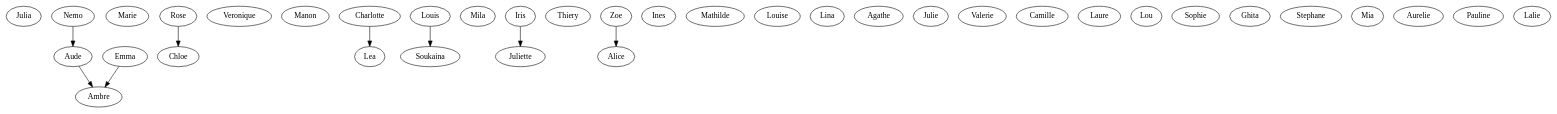
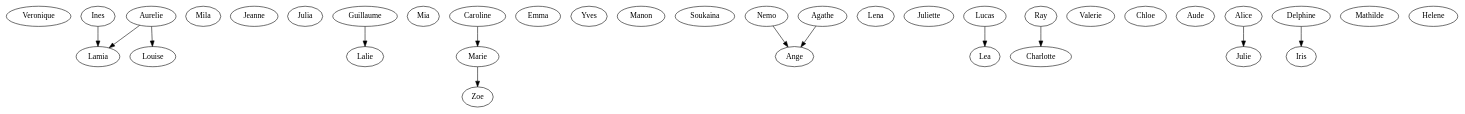
The diagram in output/dotFiles/round19.dot (Slash-stack/Aquarium), drawn with Graphviz before and after one commit. The commit also changed 38 other files, not shown here.

```diff
--- a/output/dotFiles/round19.dot
+++ b/output/dotFiles/round19.dot
@@ -1,76 +1,74 @@
 strict digraph G {
+  Veronique;
+  Lamia;
+  Mila;
+  Jeanne;
   Julia;
-  Nemo;
+  Lalie;
+  Lamia;
+  Lamia;
+  Guillaume;
+  Mia;
   Marie;
-  Rose;
-  Veronique;
-  Manon;
-  Charlotte;
-  Aude;
-  Soukaina;
-  Aude;
-  Mila;
-  Juliette;
-  Iris;
-  Lea;
-  Aude;
-  Thiery;
-  Charlotte;
-  Julia;
-  Zoe;
-  Ines;
-  Juliette;
-  Mathilde;
-  Aude;
-  Louise;
-  Lea;
-  Lina;
-  Lina;
-  Agathe;
-  Julie;
-  Juliette;
-  Valerie;
-  Camille;
-  Louise;
-  Laure;
-  Veronique;
-  Ines;
-  Soukaina;
-  Lou;
-  Louis;
-  Lou;
-  Sophie;
-  Ghita;
-  Zoe;
-  Chloe;
-  Ambre;
-  Stephane;
-  Julia;
-  Valerie;
-  Marie;
-  Ambre;
-  Veronique;
-  Zoe;
-  Sophie;
-  Camille;
-  Soukaina;
-  Mia;
-  Sophie;
-  Rose;
-  Aude;
   Aurelie;
   Emma;
+  Louise;
+  Lamia;
+  Ines;
+  Zoe;
+  Lamia;
+  Emma;
+  Veronique;
+  Jeanne;
+  Caroline;
+  Yves;
+  Aurelie;
+  Marie;
+  Manon;
+  Soukaina;
+  Ange;
+  Nemo;
+  Lena;
+  Juliette;
+  Lucas;
+  Aurelie;
+  Lea;
+  Emma;
+  Charlotte;
+  Valerie;
+  Chloe;
+  Aude;
+  Mia;
   Alice;
-  Pauline;
-  Lalie;
-  Aude;
-  Zoe;
-  Nemo -> Aude;
-  Iris -> Juliette;
-  Charlotte -> Lea;
-  Louis -> Soukaina;
-  Zoe -> Alice;
-  Rose -> Chloe;
-  Aude -> Ambre;
-  Emma -> Ambre;
+  Ange;
+  Juliette;
+  Alice;
+  Mila;
+  Julie;
+  Caroline;
+  Valerie;
+  Iris;
+  Veronique;
+  Delphine;
+  Mathilde;
+  Helene;
+  Veronique;
+  Agathe;
+  Mia;
+  Ray;
+  Agathe;
+  Ange;
+  Charlotte;
+  Guillaume -> Lalie;
+  Aurelie -> Louise;
+  Ines -> Lamia;
+  Caroline -> Marie;
+  Aurelie -> Lamia;
+  Marie -> Zoe;
+  Nemo -> Ange;
+  Lucas -> Lea;
+  Alice -> Julie;
+  Delphine -> Iris;
+  Agathe -> Ange;
+  Ray -> Charlotte;
 }
```
